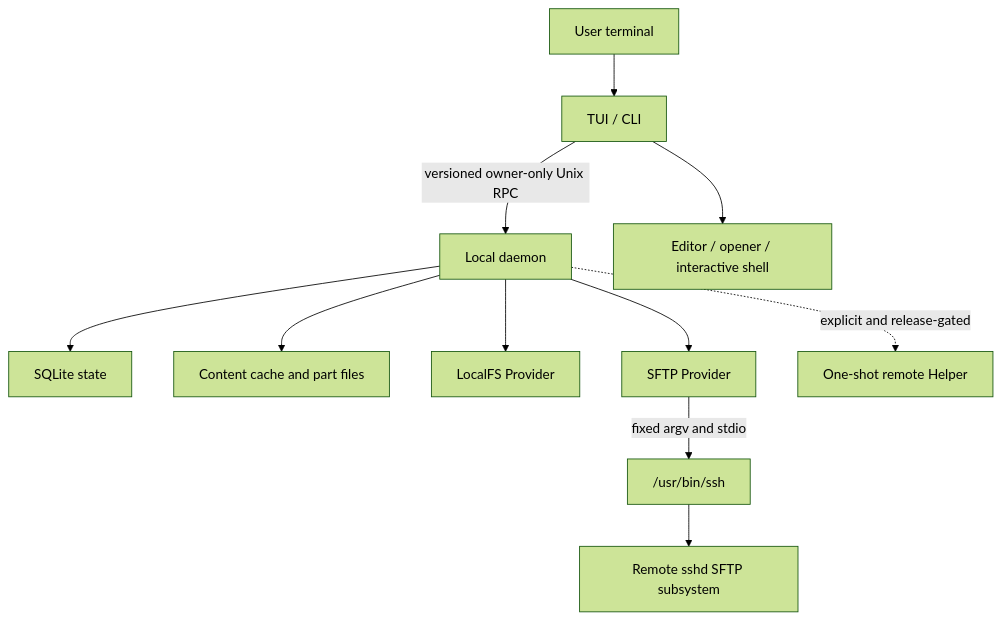
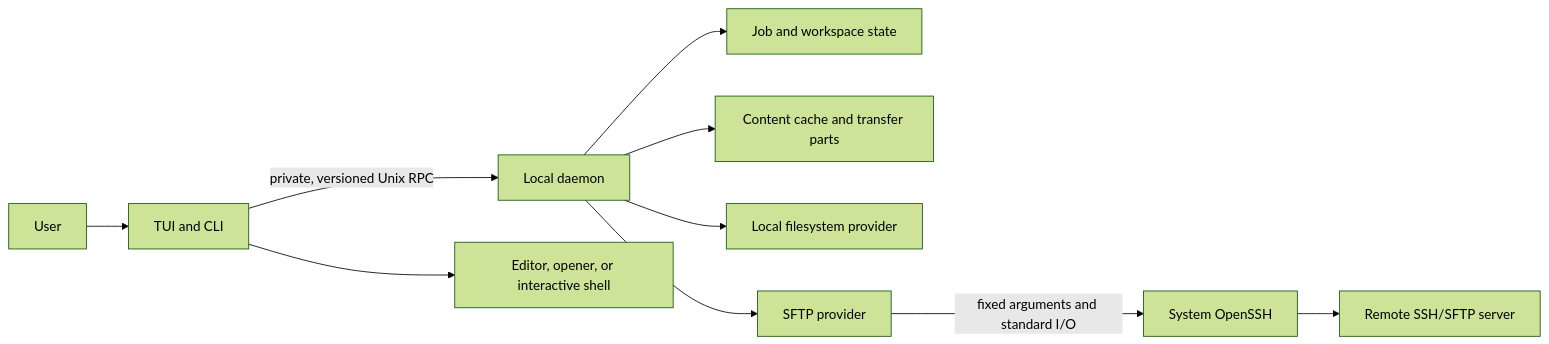
One commit to TyrantLucifer/awesome-sftp-cli changed the diagram in docs/architecture/overview.md. Above: the diagram before and after it, drawn with Mermaid (forest theme). The commit also changed other lines of this file and 180 other files, not shown here.

````diff
--- a/docs/architecture/overview.md
+++ b/docs/architecture/overview.md
@@ -24,13 +32,12 @@
 ```mermaid
-flowchart TB
-    U["User terminal"] --> C["TUI / CLI"]
-    C -->|"versioned owner-only Unix RPC"| D["Local daemon"]
-    D --> DB["SQLite state"]
-    D --> CA["Content cache and part files"]
-    D --> LF["LocalFS Provider"]
-    D --> SF["SFTP Provider"]
-    SF -->|"fixed argv and stdio"| SSH["/usr/bin/ssh"]
-    SSH --> RS["Remote sshd SFTP subsystem"]
-    D -. "explicit and release-gated" .-> HP["One-shot remote Helper"]
-    C --> EX["Editor / opener / interactive shell"]
+flowchart LR
+    U["User"] --> C["TUI and CLI"]
+    C -->|"private, versioned Unix RPC"| D["Local daemon"]
+    D --> J["Job and workspace state"]
+    D --> K["Content cache and transfer parts"]
+    D --> L["Local filesystem provider"]
+    D --> S["SFTP provider"]
+    S -->|"fixed arguments and standard I/O"| O["System OpenSSH"]
+    O --> R["Remote SSH/SFTP server"]
+    C --> E["Editor, opener, or interactive shell"]
 ```
````
